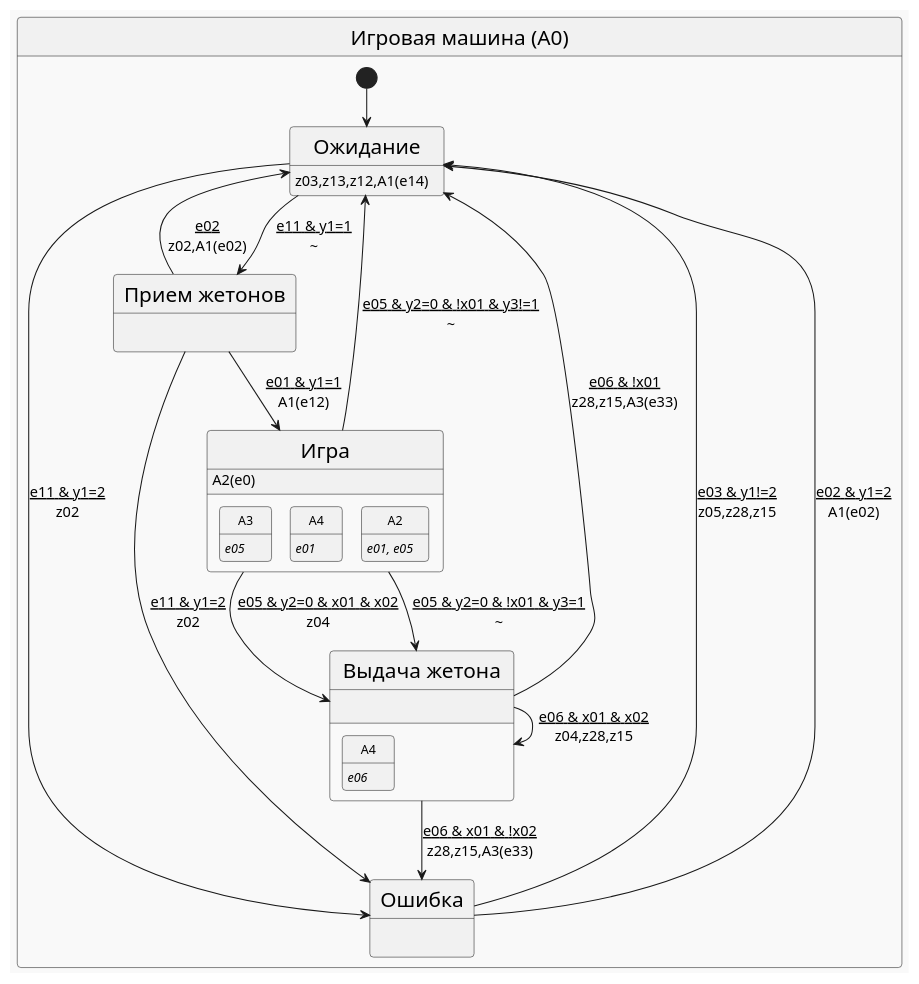
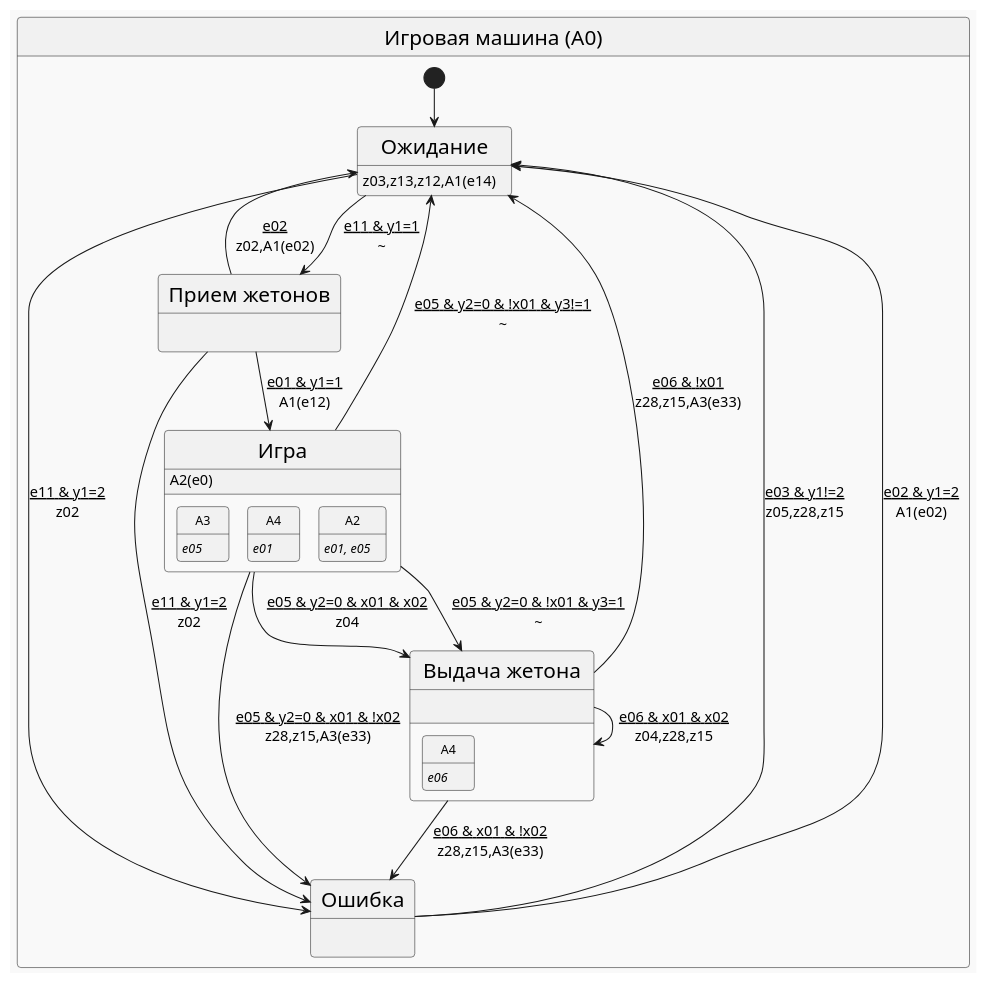
The diagram in articles/multiply_many_nested/puml/a0.puml (PhoenixNazarov/fsm-multiply), drawn with PlantUML before and after one commit. The commit also changed 6 other files, not shown here.

```diff
--- a/articles/multiply_many_nested/puml/a0.puml
+++ b/articles/multiply_many_nested/puml/a0.puml
@@ -1,34 +1,35 @@
 @startuml
 !theme mars
 skinparam stateFontSize 20
 skinparam arrowFontSize 14
 state "Игровая машина (A0)" as A0 {
     [*] --> A00
     state "Ожидание" as A00 : <size:14>z03,z13,z12,A1(e14)
     state "Прием жетонов" as A01 : 
     state "Игра" as A02 : <size:14>A2(e0)
     state "Ошибка" as A03 : 
     state "Выдача жетона" as A04 : 
     state "Игра" as A02 {
         state "<size:12>A3" as F1 : <size:12><i>e05
         state "<size:12>A4" as F2 : <size:12><i>e01
         state "<size:12>A2" as F3 : <size:12><i>e01, e05
     }
     state "Выдача жетона" as A04 {
         state "<size:12>A4" as F4 : <size:12><i>e06
     }
     A00 --> A01 : <u>e11 & y1=1\n~
     A00 --> A03 : <u>e11 & y1=2\nz02
     A01 --> A00 : <u>e02\nz02,A1(e02)
     A01 --> A02 : <u>e01 & y1=1\nA1(e12)
     A01 --> A03 : <u>e11 & y1=2\nz02
     A02 --> A04 : <u>e05 & y2=0 & x01 & x02\nz04
     A02 --> A04 : <u>e05 & y2=0 & !x01 & y3=1\n~
     A02 --> A00 : <u>e05 & y2=0 & !x01 & y3!=1\n~
+    A02 --> A03 : <u>e05 & y2=0 & x01 & !x02\nz28,z15,A3(e33)
     A03 --> A00 : <u>e03 & y1!=2\nz05,z28,z15
     A03 --> A00 : <u>e02 & y1=2\nA1(e02)
     A04 --> A04 : <u>e06 & x01 & x02\nz04,z28,z15
     A04 --> A03 : <u>e06 & x01 & !x02\nz28,z15,A3(e33)
     A04 --> A00 : <u>e06 & !x01\nz28,z15,A3(e33)
 }
 @enduml
```
